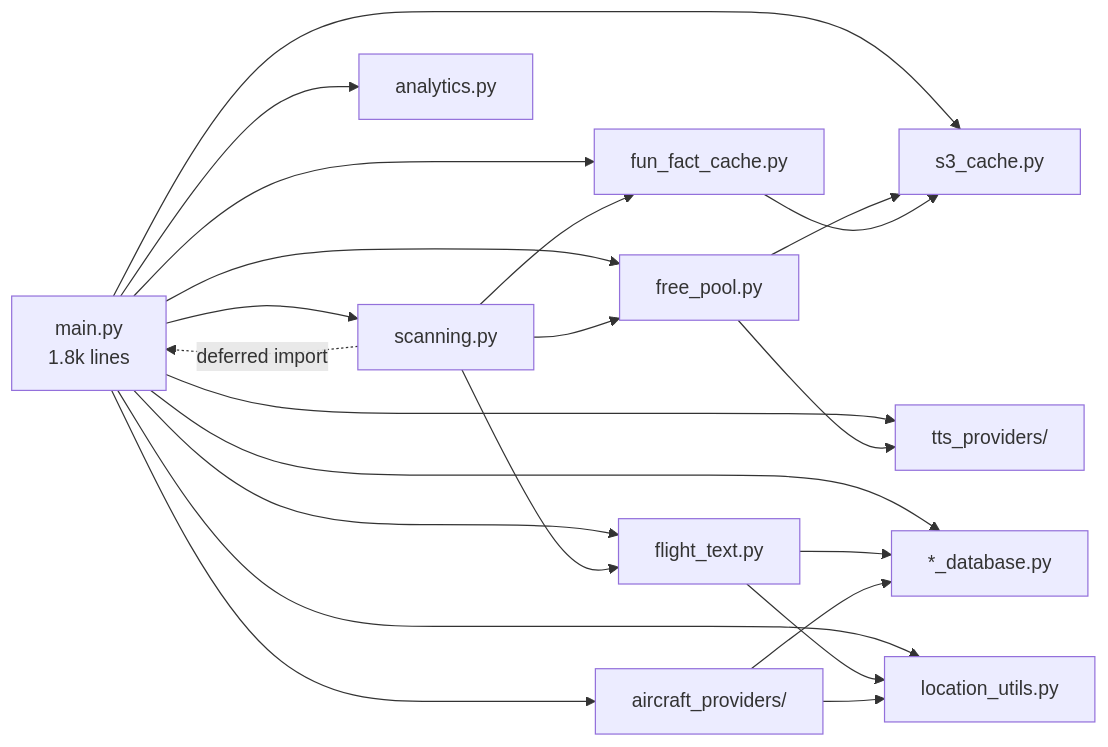
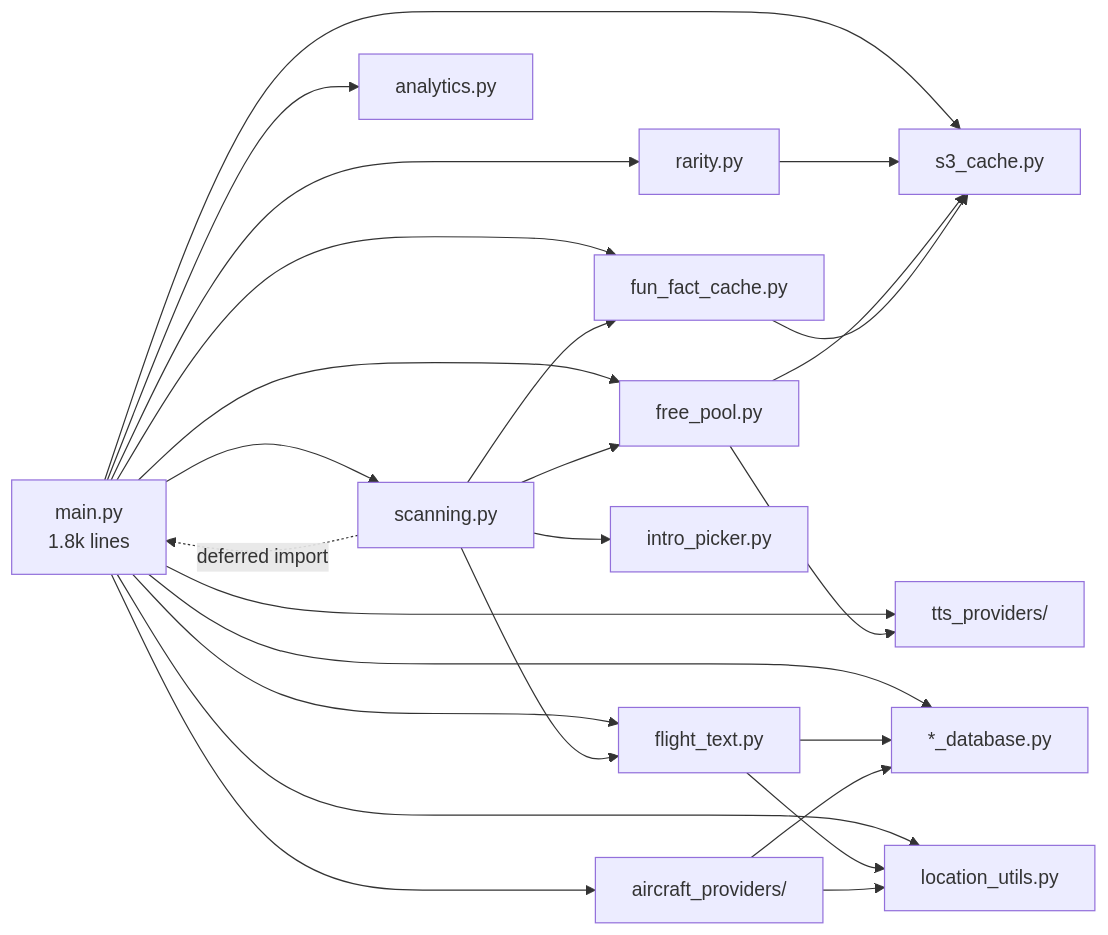
One commit to cjkm3rriman/dreaming-of-a-jet-plane changed the ninth of 9 diagrams in docs/ARCHITECTURE.md. Above: the diagram before and after it, drawn with Mermaid. The commit also changed other lines of this file, not shown here.

First line of the commit message:
Refresh ARCHITECTURE.md: premium session assembly flow (#83)

````diff
--- a/docs/ARCHITECTURE.md
+++ b/docs/ARCHITECTURE.md
@@ -566,36 +737,39 @@
 ```mermaid
 graph LR
     main["main.py<br/>1.8k lines"]
     scanning["scanning.py"]
     free["free_pool.py"]
     text["flight_text.py"]
     loc["location_utils.py"]
     s3["s3_cache.py"]
     ff["fun_fact_cache.py"]
     ap["aircraft_providers/"]
     tp["tts_providers/"]
     db["*_database.py"]
     an["analytics.py"]
 
     main --> scanning
     main --> free
     main --> text
     main --> loc
     main --> s3
     main --> ff
     main --> ap
     main --> tp
     main --> db
     main --> an
     scanning -.->|deferred import| main
     scanning --> free
     scanning --> ff
     scanning --> text
+    scanning --> picker["intro_picker.py"]
+    main --> rarity["rarity.py"]
+    rarity --> s3
     free --> s3
     free --> tp
     text --> db
     text --> loc
     ap --> db
     ap --> loc
     ff --> s3
 ```
````
